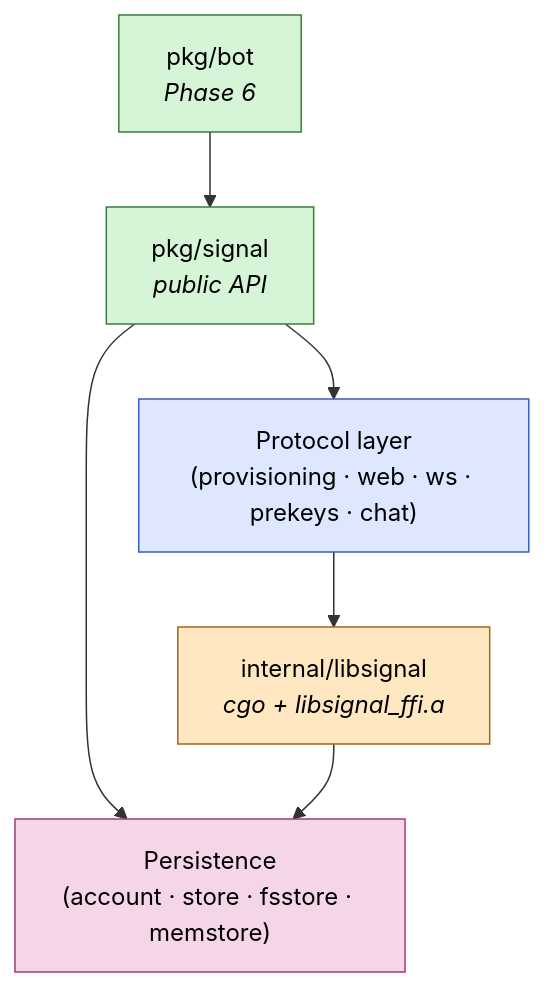
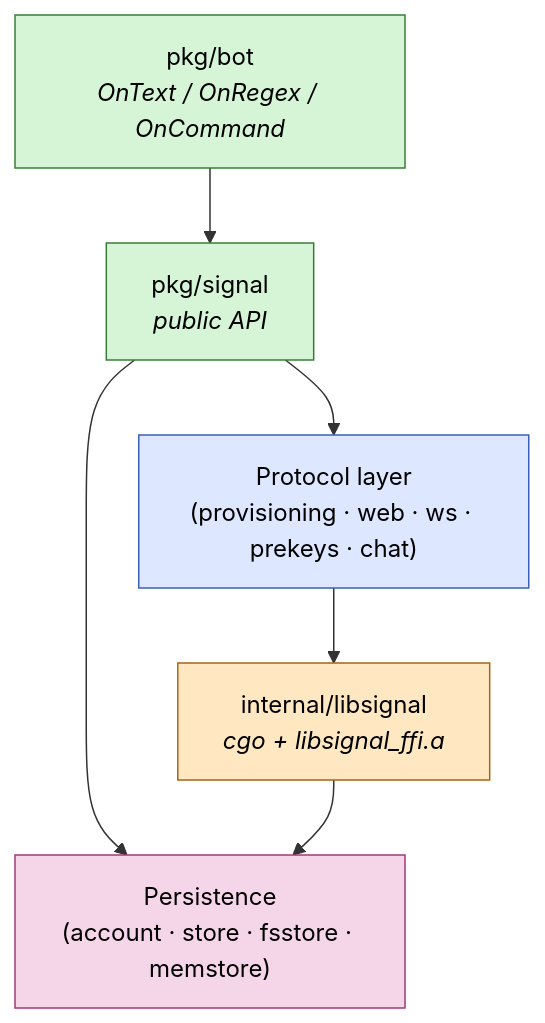
Before and after one commit to thehappydinoa/signal-go: the diagram in README.md, drawn with Mermaid. The commit also changed other lines of this file and 1 other file, not shown here.

First line of the commit message:
docs: sync README status table + Phase 3 heading

````diff
--- a/README.md
+++ b/README.md
@@ -59,19 +66,19 @@
 ```mermaid
 flowchart TB
     classDef pub fill:#d6f5d6,stroke:#3a7d3a,color:#000
     classDef proto fill:#dde7ff,stroke:#3a5fb8,color:#000
     classDef crypto fill:#ffe7c2,stroke:#a3661a,color:#000
     classDef store fill:#f5d6e8,stroke:#a13a78,color:#000
 
     pub[pkg/signal<br/><i>public API</i>]:::pub
-    bot[pkg/bot<br/><i>Phase 6</i>]:::pub
+    bot[pkg/bot<br/><i>OnText / OnRegex / OnCommand</i>]:::pub
     proto["Protocol layer<br/>(provisioning · web · ws · prekeys · chat)"]:::proto
     crypto[internal/libsignal<br/><i>cgo + libsignal_ffi.a</i>]:::crypto
     store["Persistence<br/>(account · store · fsstore · memstore)"]:::store
 
     bot --> pub
     pub --> proto
     pub --> store
     proto --> crypto
     crypto --> store
 ```
````
